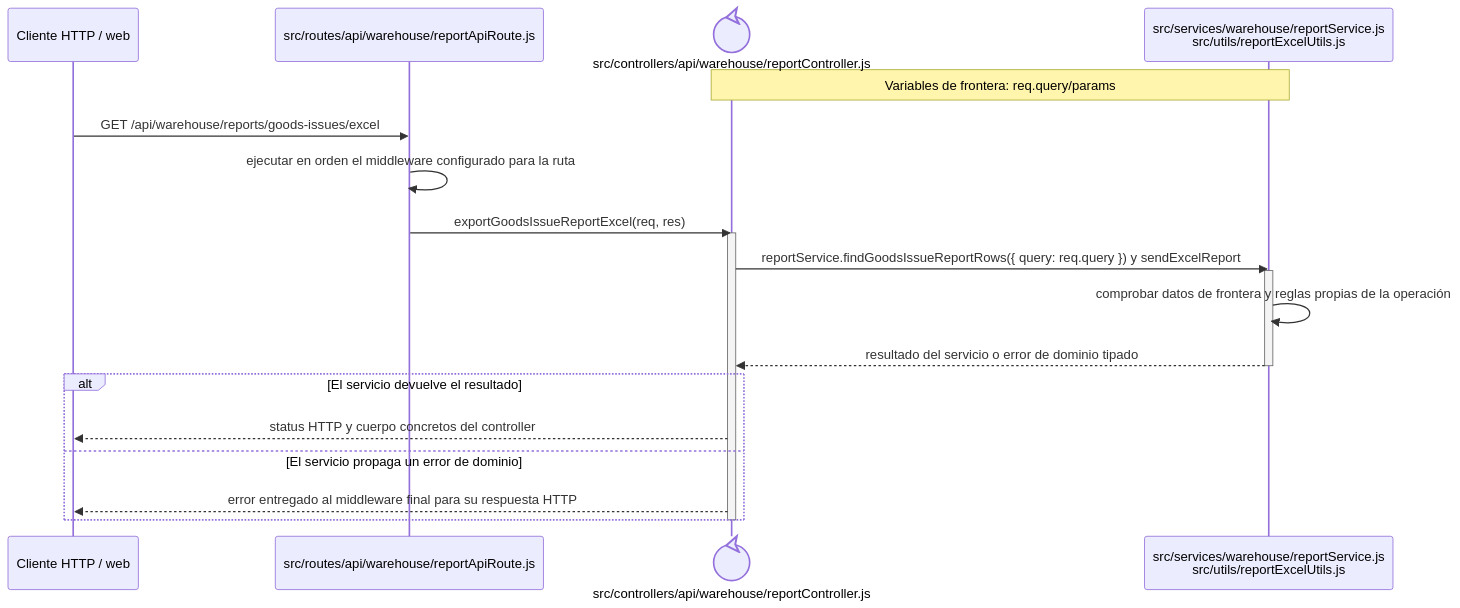
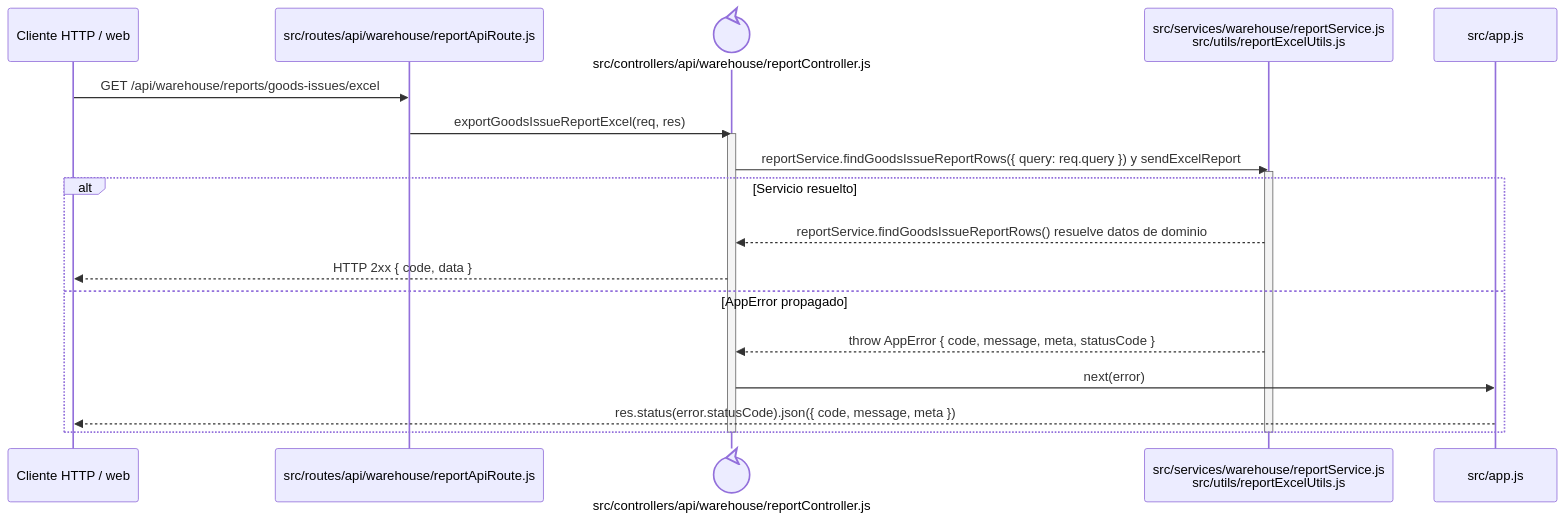
Before and after one commit to gpgsistemas01/nexus: the diagram in docs/architecture/backend-code-sequences/issues/cu-sal-07.md, drawn with Mermaid. The commit also changed 148 other files, not shown here.

````diff
--- a/docs/architecture/backend-code-sequences/issues/cu-sal-07.md
+++ b/docs/architecture/backend-code-sequences/issues/cu-sal-07.md
@@ -6,24 +6,24 @@
 ```mermaid
 sequenceDiagram
     participant Client as Cliente HTTP / web
     participant Route as src/routes/api/warehouse/reportApiRoute.js
     participant Controller@{ "type": "control" } as src/controllers/api/warehouse/reportController.js
     participant Domain as src/services/warehouse/reportService.js<br/>src/utils/reportExcelUtils.js
-    Note over Controller,Domain: Variables de frontera: req.query/params
+    participant ErrorHandler as src/app.js
 
     Client->>Route: GET /api/warehouse/reports/goods-issues/excel
-    Route->>Route: ejecutar en orden el middleware configurado para la ruta
     Route->>Controller: exportGoodsIssueReportExcel(req, res)
     activate Controller
     Controller->>Domain: reportService.findGoodsIssueReportRows({ query: req.query }) y sendExcelReport
     activate Domain
-    Domain->>Domain: comprobar datos de frontera y reglas propias de la operación
-    Domain-->>Controller: resultado del servicio o error de dominio tipado
+    alt Servicio resuelto
+        Domain-->>Controller: reportService.findGoodsIssueReportRows() resuelve datos de dominio
+        Controller-->>Client: HTTP 2xx { code, data }
+    else AppError propagado
+        Domain-->>Controller: throw AppError { code, message, meta, statusCode }
+        Controller->>ErrorHandler: next(error)
+        ErrorHandler-->>Client: res.status(error.statusCode).json({ code, message, meta })
+    end
     deactivate Domain
-    alt El servicio devuelve el resultado
-        Controller-->>Client: status HTTP y cuerpo concretos del controller
-    else El servicio propaga un error de dominio
-        Controller-->>Client: error entregado al middleware final para su respuesta HTTP
-    end
     deactivate Controller
 ```
````
